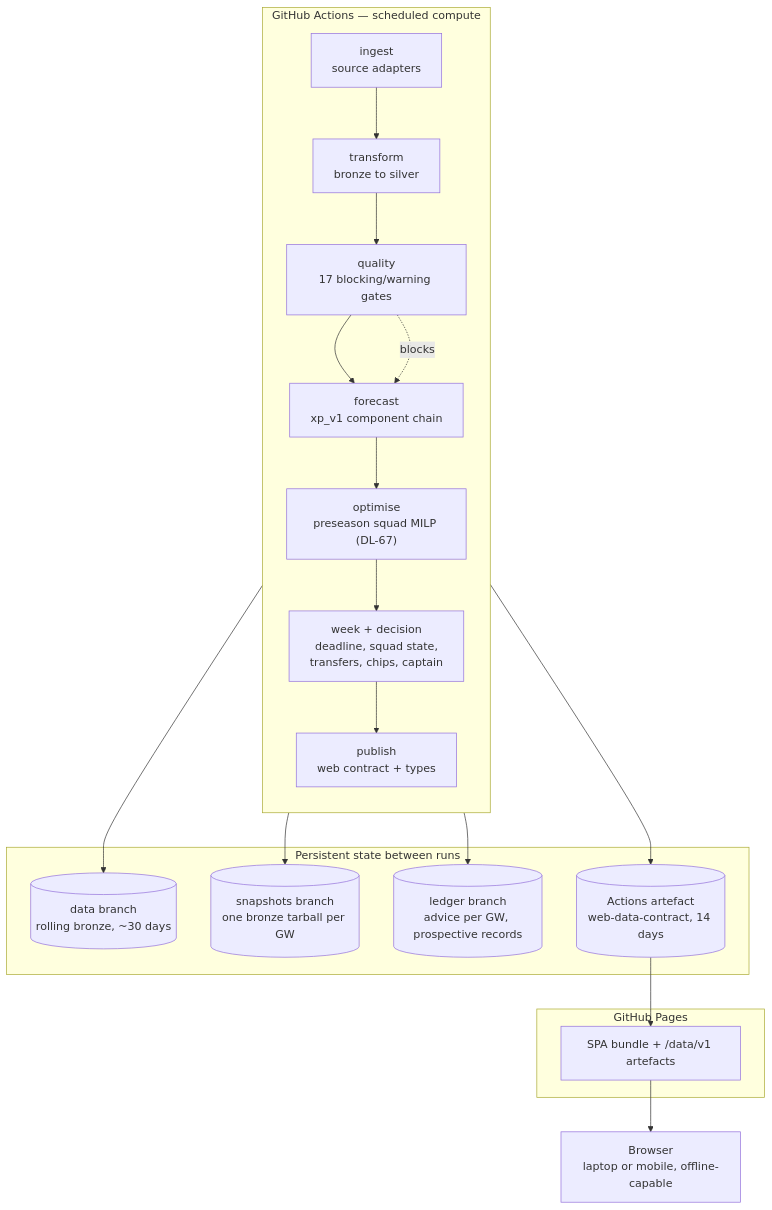
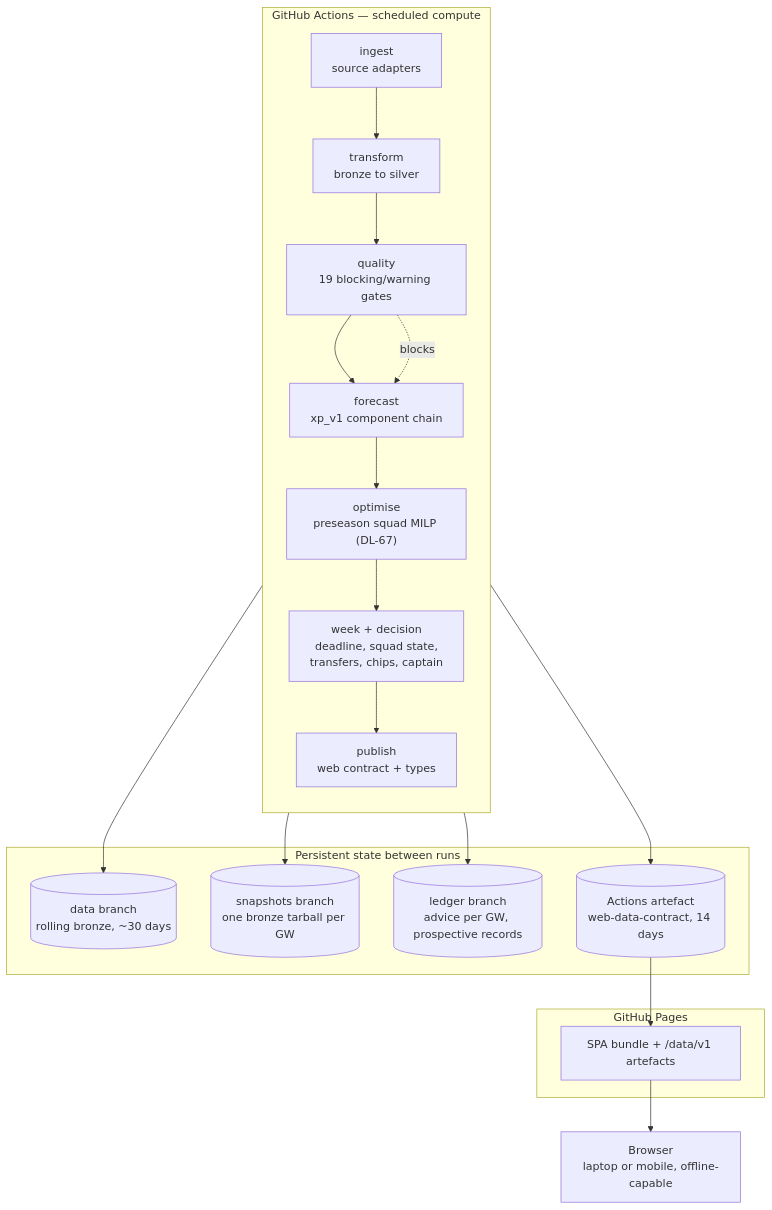
Before and after one commit to talonegg/fpl_dof2: the second of 5 diagrams in docs/planning/03-solution-architecture.md, drawn with Mermaid. The commit also changed other lines of this file and 8 other files, not shown here.

````diff
--- a/docs/planning/03-solution-architecture.md
+++ b/docs/planning/03-solution-architecture.md
@@ -85,35 +85,35 @@
 ```mermaid
 graph TB
     subgraph gh["GitHub Actions — scheduled compute"]
         direction TB
         ING["ingest<br/>source adapters"]
         TRF["transform<br/>bronze to silver"]
-        QUA["quality<br/>17 blocking/warning gates"]
+        QUA["quality<br/>19 blocking/warning gates"]
         FC["forecast<br/>xp_v1 component chain"]
         OPT["optimise<br/>preseason squad MILP (DL-67)"]
         WK["week + decision<br/>deadline, squad state,<br/>transfers, chips, captain"]
         PUB["publish<br/>web contract + types"]
 
         ING --> TRF --> QUA --> FC --> OPT --> WK --> PUB
         QUA -.->|"blocks"| FC
     end
 
     subgraph store["Persistent state between runs"]
         DATA[("data branch<br/>rolling bronze, ~30 days")]
         SNAP[("snapshots branch<br/>one bronze tarball per GW")]
         LEDG[("ledger branch<br/>advice per GW, prospective records")]
         ARTF[("Actions artefact<br/>web-data-contract, 14 days")]
     end
 
     subgraph cdn["GitHub Pages"]
         SITE["SPA bundle + /data/v1 artefacts"]
     end
 
     BROWSER["Browser<br/>laptop or mobile, offline-capable"]
 
     ING --> DATA
     ING --> SNAP
     WK --> LEDG
     PUB --> ARTF --> SITE
     SITE --> BROWSER
 ```
````
